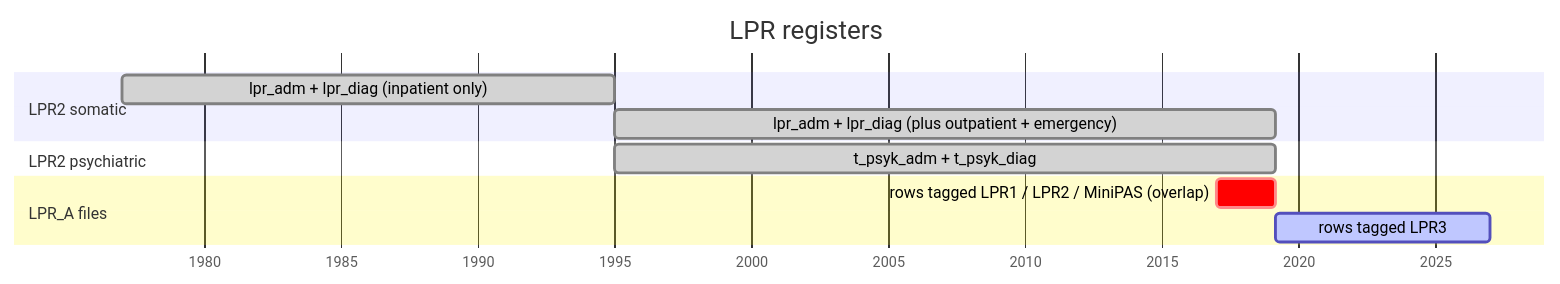
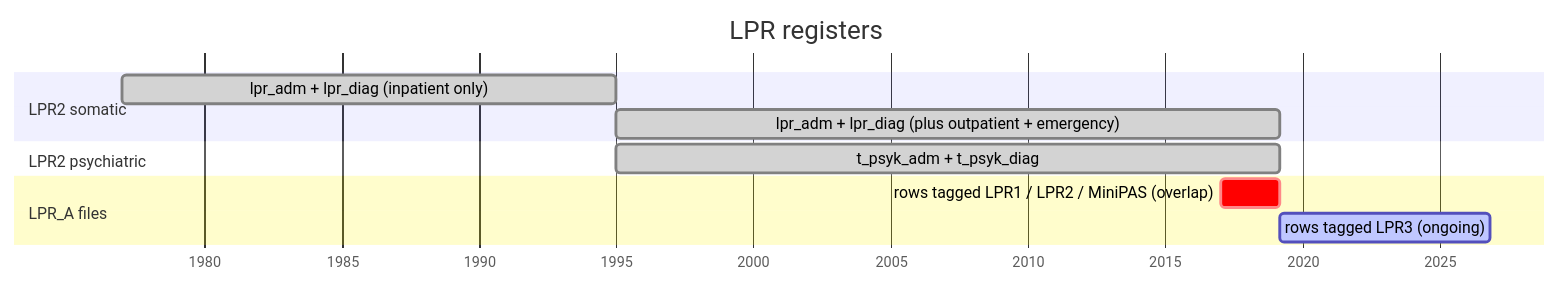
Before and after one commit to steno-aarhus/registers-guide: the diagram in understand-lpr.qmd, drawn with Mermaid. The commit also changed other lines of this file and 13 other files, not shown here.

````diff
--- a/understand-lpr.qmd
+++ b/understand-lpr.qmd
@@ -109,14 +109,14 @@
 ```{mermaid}
 gantt
     title LPR registers
     dateFormat  YYYY-MM
     axisFormat  %Y
     section LPR2 somatic
     lpr_adm + lpr_diag (inpatient only)              :done,   1977-01, 1995-01
     lpr_adm + lpr_diag (plus outpatient + emergency) :done,   1995-01, 2019-03
     section LPR2 psychiatric
     t_psyk_adm + t_psyk_diag                         :done,   1995-01, 2019-03
     section LPR_A files
     rows tagged LPR1 / LPR2 / MiniPAS (overlap)      :crit,   2017-01, 2019-03
-    rows tagged LPR3                                 :active, 2019-03, 2027-01
+    rows tagged LPR3 (ongoing)                       :active, 2019-03, 2026-11
 ```
````
